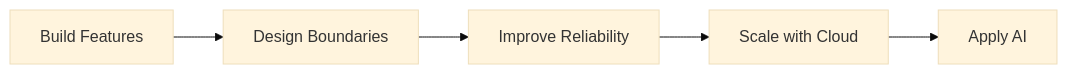
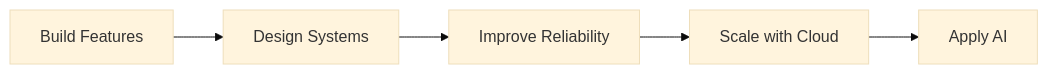
One commit to lemonwasp/lemonwasp changed the diagram in README.md. Above: the diagram before and after it, drawn with Mermaid (base theme). The commit also changed other lines of this file, not shown here.

````diff
--- a/README.md
+++ b/README.md
@@ -164,8 +226,8 @@
 ```mermaid
 flowchart LR
     A["Build Features"]
-    --> B["Design Boundaries"]
+    --> B["Design Systems"]
     --> C["Improve Reliability"]
     --> D["Scale with Cloud"]
     --> E["Apply AI"]
 ```
````
